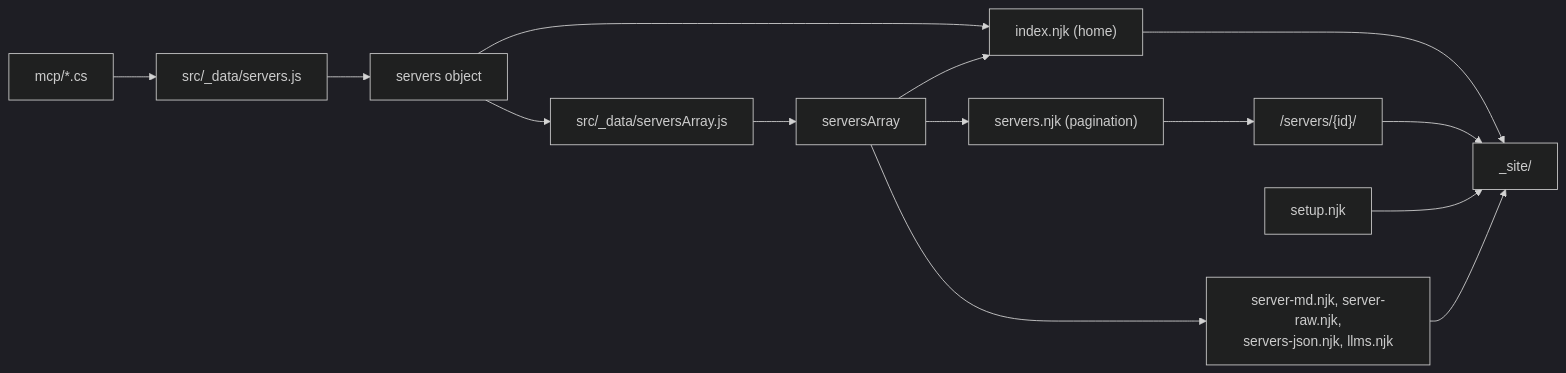
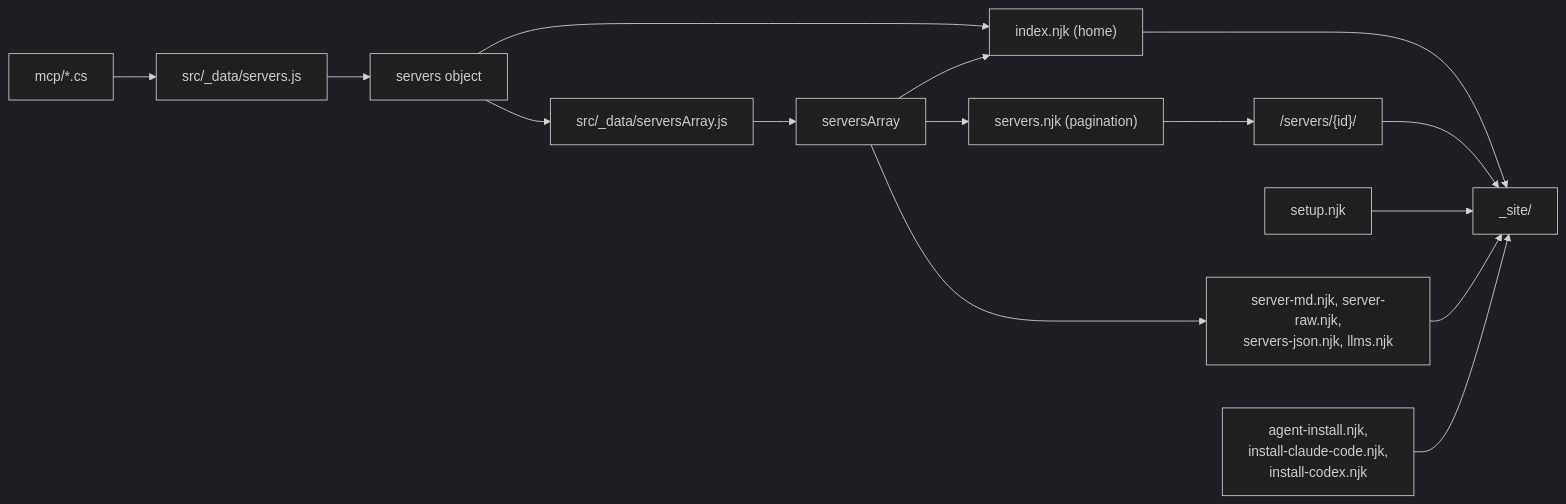
Before and after one commit to xakpc/anymcp-io: the diagram in .lode/site/summary.md, drawn with Mermaid (dark theme). The commit also changed other lines of this file and 18 other files, not shown here.

First line of the commit message:
feat: add Codex to the install instructions

````diff
--- a/.lode/site/summary.md
+++ b/.lode/site/summary.md
@@ -9,16 +9,17 @@
 ```mermaid
 flowchart LR
     A["mcp/*.cs"] --> B["src/_data/servers.js"]
     B --> C["servers object"]
     C --> D["src/_data/serversArray.js"]
     D --> E["serversArray"]
     C --> F["index.njk (home)"]
     E --> F
     E --> G["servers.njk (pagination)"]
     G --> H["/servers/{id}/"]
     F --> I["_site/"]
     H --> I
     J["setup.njk"] --> I
     E --> K["server-md.njk, server-raw.njk,<br/>servers-json.njk, llms.njk"]
     K --> I
+    L["agent-install.njk,<br/>install-claude-code.njk,<br/>install-codex.njk"] --> I
 ```
````
